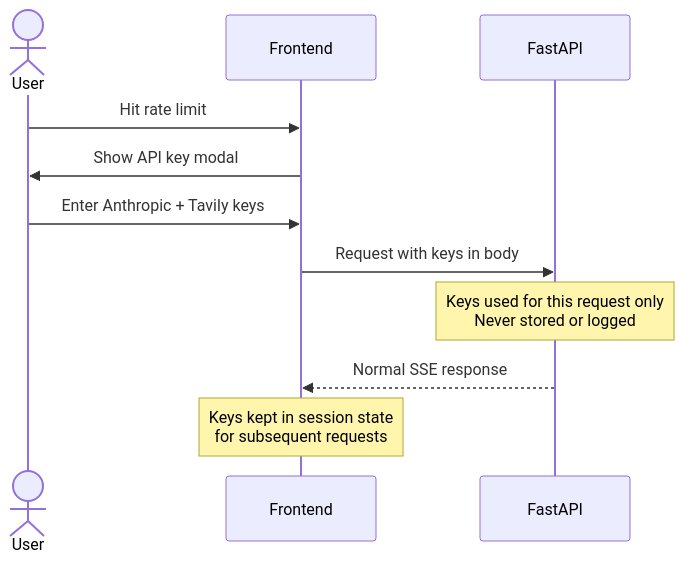
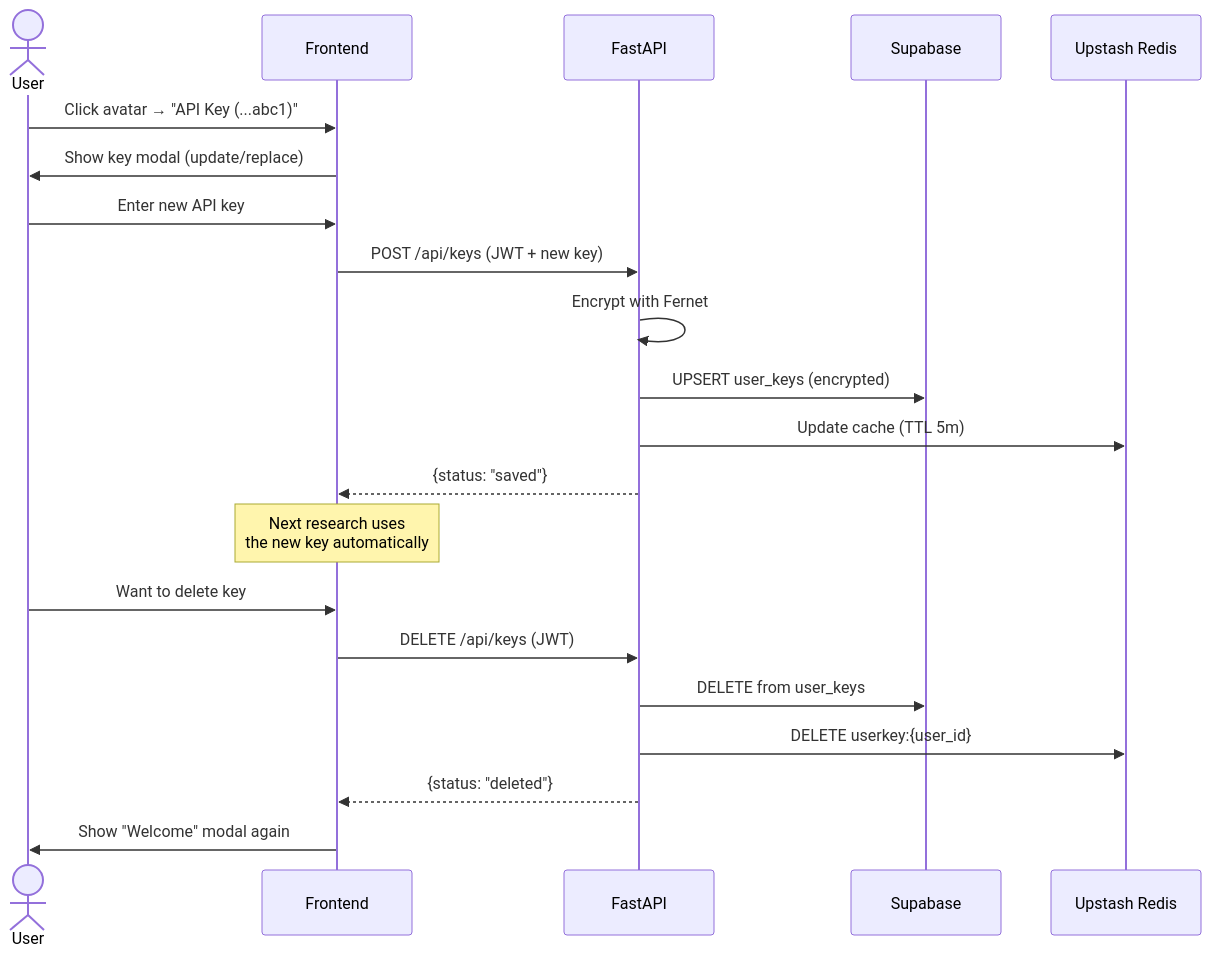
Before and after one commit to valyndsilva/lumen: the seventh of 8 diagrams in README.md, drawn with Mermaid. The commit also changed other lines of this file, not shown here.

````diff
--- a/README.md
+++ b/README.md
@@ -239,14 +346,27 @@
 ```mermaid
 sequenceDiagram
     actor User
     participant FE as Frontend
     participant API as FastAPI
+    participant DB as Supabase
+    participant Redis as Upstash Redis
 
-    User->>FE: Hit rate limit
-    FE->>User: Show API key modal
-    User->>FE: Enter Anthropic + Tavily keys
-    FE->>API: Request with keys in body
-    Note over API: Keys used for this request only<br/>Never stored or logged
-    API-->>FE: Normal SSE response
-    Note over FE: Keys kept in session state<br/>for subsequent requests
+    User->>FE: Click avatar → "API Key (...abc1)"
+    FE->>User: Show key modal (update/replace)
+    User->>FE: Enter new API key
+
+    FE->>API: POST /api/keys (JWT + new key)
+    API->>API: Encrypt with Fernet
+    API->>DB: UPSERT user_keys (encrypted)
+    API->>Redis: Update cache (TTL 5m)
+    API-->>FE: {status: "saved"}
+
+    Note over FE: Next research uses<br/>the new key automatically
+
+    User->>FE: Want to delete key
+    FE->>API: DELETE /api/keys (JWT)
+    API->>DB: DELETE from user_keys
+    API->>Redis: DELETE userkey:{user_id}
+    API-->>FE: {status: "deleted"}
+    FE->>User: Show "Welcome" modal again
 ```
````
